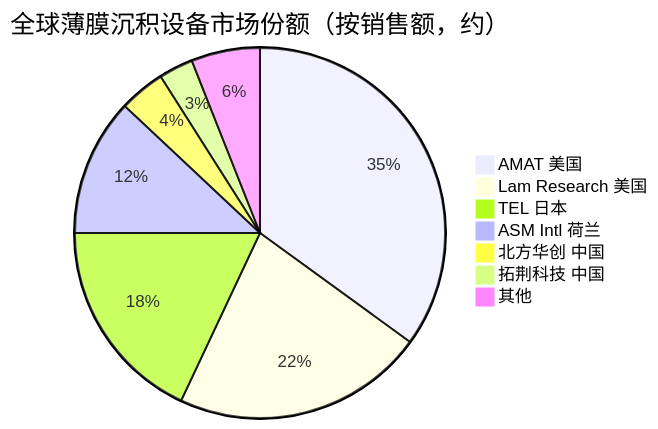
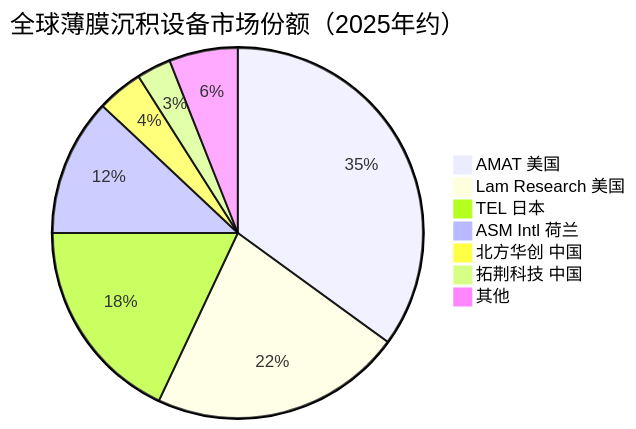
One commit to blueprint1453/industry-insight changed the third of 3 diagrams in AI产业链/上游/设备/薄膜沉积设备.md. Above: the diagram before and after it, drawn with Mermaid. The commit also changed other lines of this file and 78 other files, not shown here.

````diff
--- a/AI产业链/上游/设备/薄膜沉积设备.md
+++ b/AI产业链/上游/设备/薄膜沉积设备.md
@@ -95,10 +95,10 @@
 ```mermaid
-pie title 全球薄膜沉积设备市场份额（按销售额，约）
+pie title 全球薄膜沉积设备市场份额（2025年约）
     "AMAT 美国" : 35
     "Lam Research 美国" : 22
     "TEL 日本" : 18
     "ASM Intl 荷兰" : 12
     "北方华创 中国" : 4
     "拓荆科技 中国" : 3
     "其他" : 6
 ```
````
